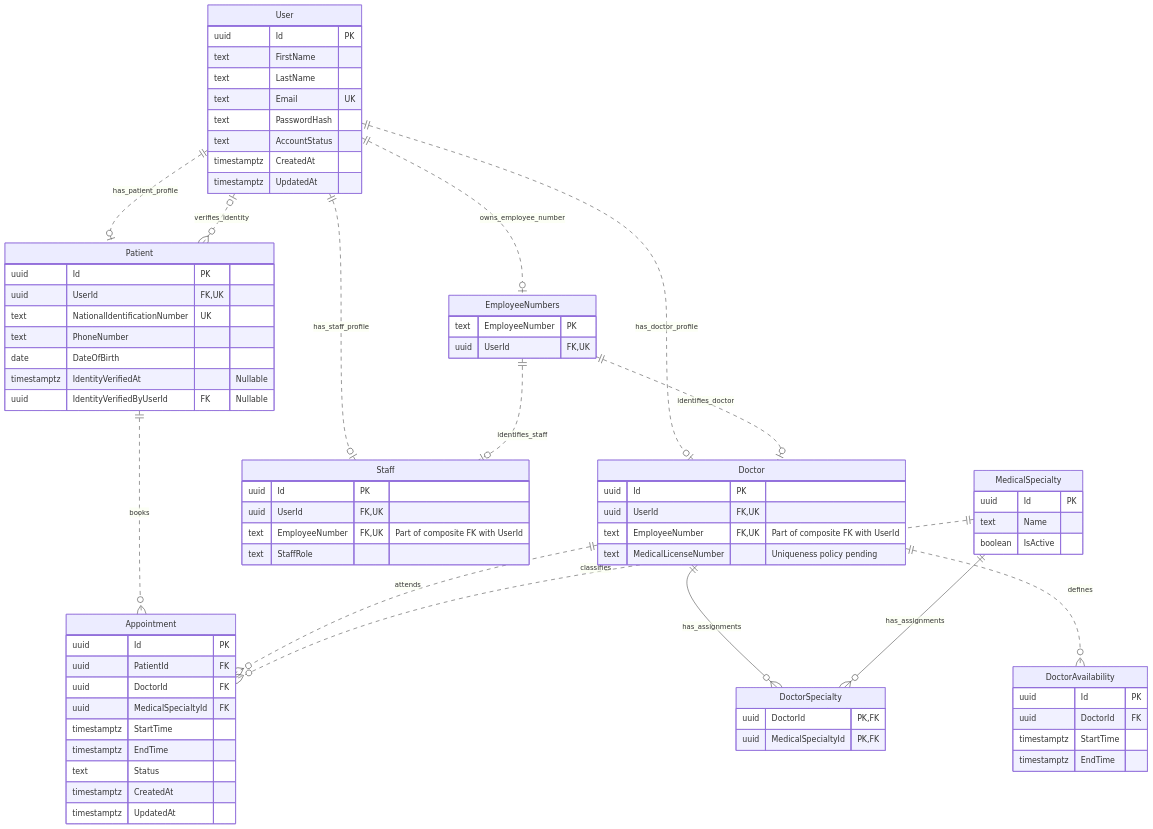
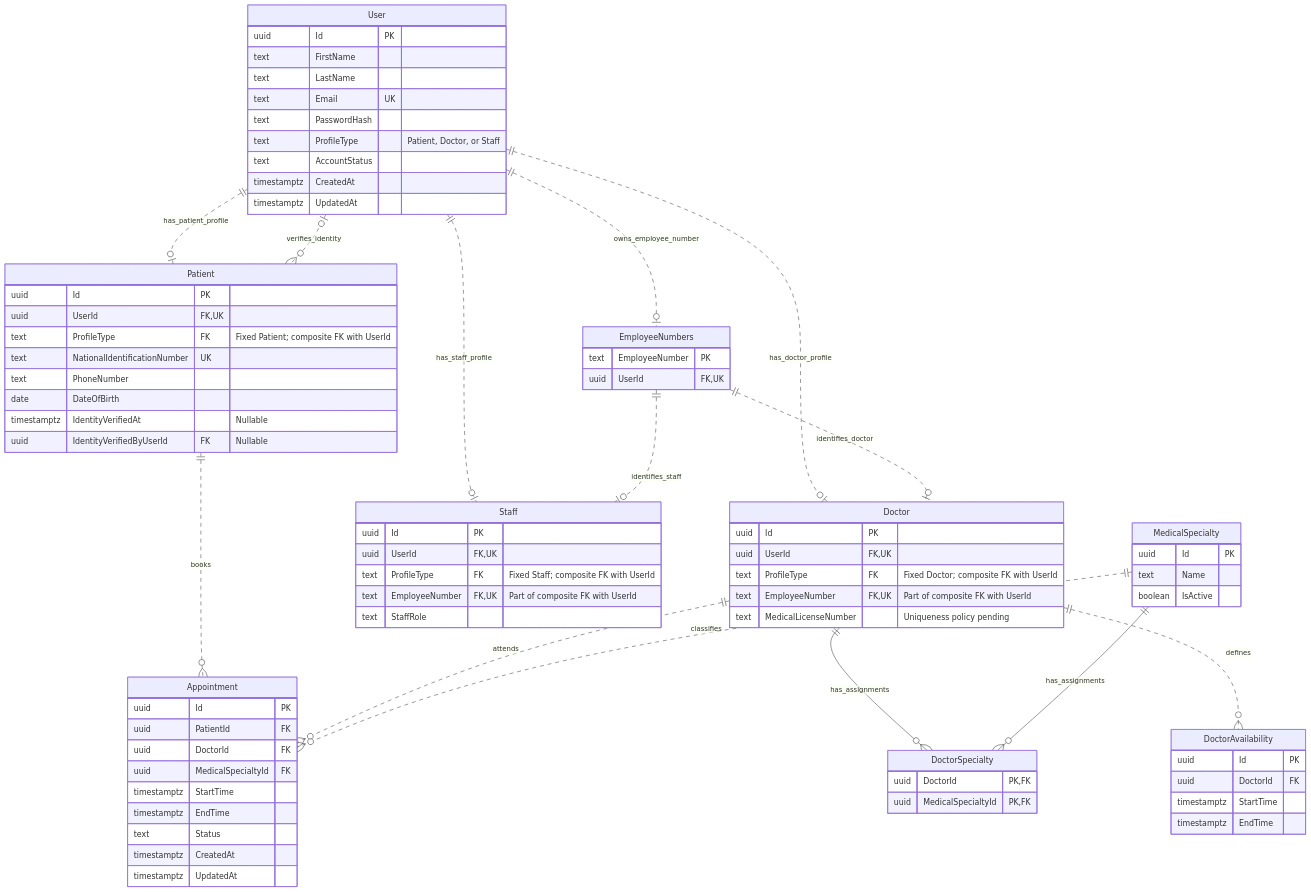
One commit to GastonBlack/Multiplatform-hospital-system changed the diagram in docs/ERD.md. Above: the diagram before and after it, drawn with Mermaid. The commit also changed other lines of this file and 9 other files, not shown here.

```diff
--- a/docs/ERD.md
+++ b/docs/ERD.md
@@ -34,6 +34,7 @@
         text LastName
         text Email UK
         text PasswordHash
+        text ProfileType "Patient, Doctor, or Staff"
         text AccountStatus
         timestamptz CreatedAt
         timestamptz UpdatedAt
@@ -42,6 +43,7 @@
     Patient {
         uuid Id PK
         uuid UserId FK, UK
+        text ProfileType FK "Fixed Patient; composite FK with UserId"
         text NationalIdentificationNumber UK
         text PhoneNumber
         date DateOfBirth
@@ -52,6 +54,7 @@
     Doctor {
         uuid Id PK
         uuid UserId FK, UK
+        text ProfileType FK "Fixed Doctor; composite FK with UserId"
         text EmployeeNumber FK, UK "Part of composite FK with UserId"
         text MedicalLicenseNumber "Uniqueness policy pending"
     }
@@ -59,6 +62,7 @@
     Staff {
         uuid Id PK
         uuid UserId FK, UK
+        text ProfileType FK "Fixed Staff; composite FK with UserId"
         text EmployeeNumber FK, UK "Part of composite FK with UserId"
         text StaffRole
     }
```
